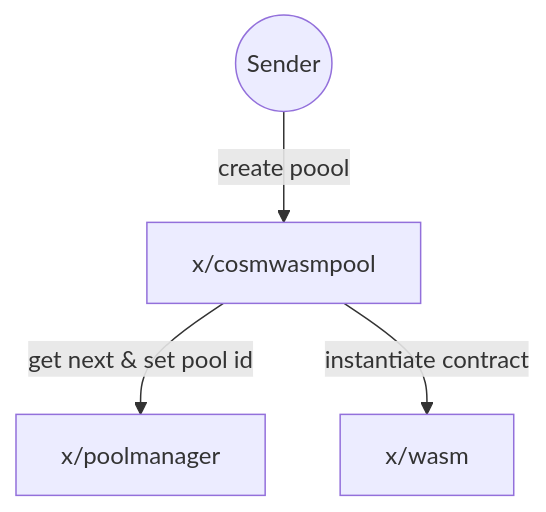
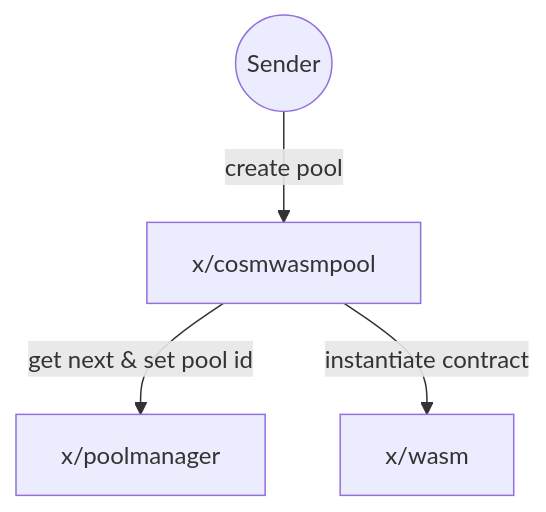
The first of 3 diagrams in docs/build/chain/cosmwasmpool/README.md (osmosis-labs/docs), drawn with Mermaid before and after one commit. The commit also changed other lines of this file and 16 other files, not shown here.

````diff
--- a/docs/build/chain/cosmwasmpool/README.md
+++ b/docs/build/chain/cosmwasmpool/README.md
@@ -45,8 +46,8 @@
 ```mermaid
 graph TD;
   Sender((Sender))
 
-  Sender -- create poool --> x/cosmwasmpool
+  Sender -- create pool --> x/cosmwasmpool
   x/cosmwasmpool -- get next & set pool id --> x/poolmanager
   x/cosmwasmpool -- instantiate contract --> x/wasm
 ```
````
